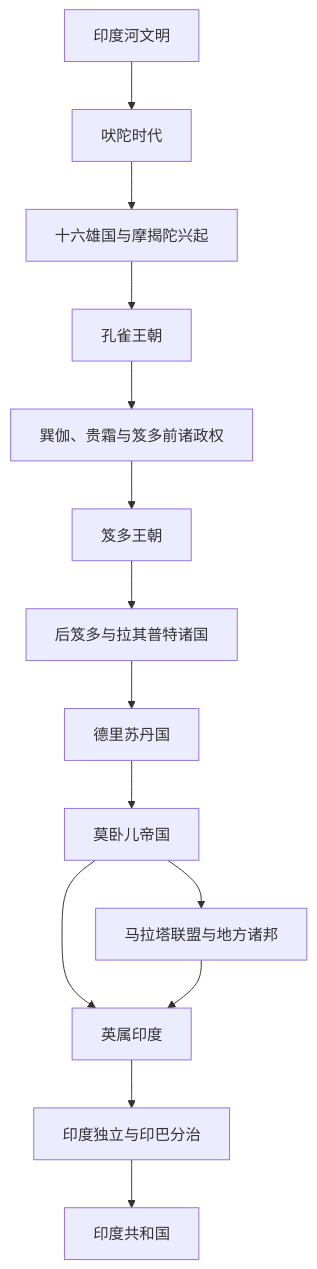
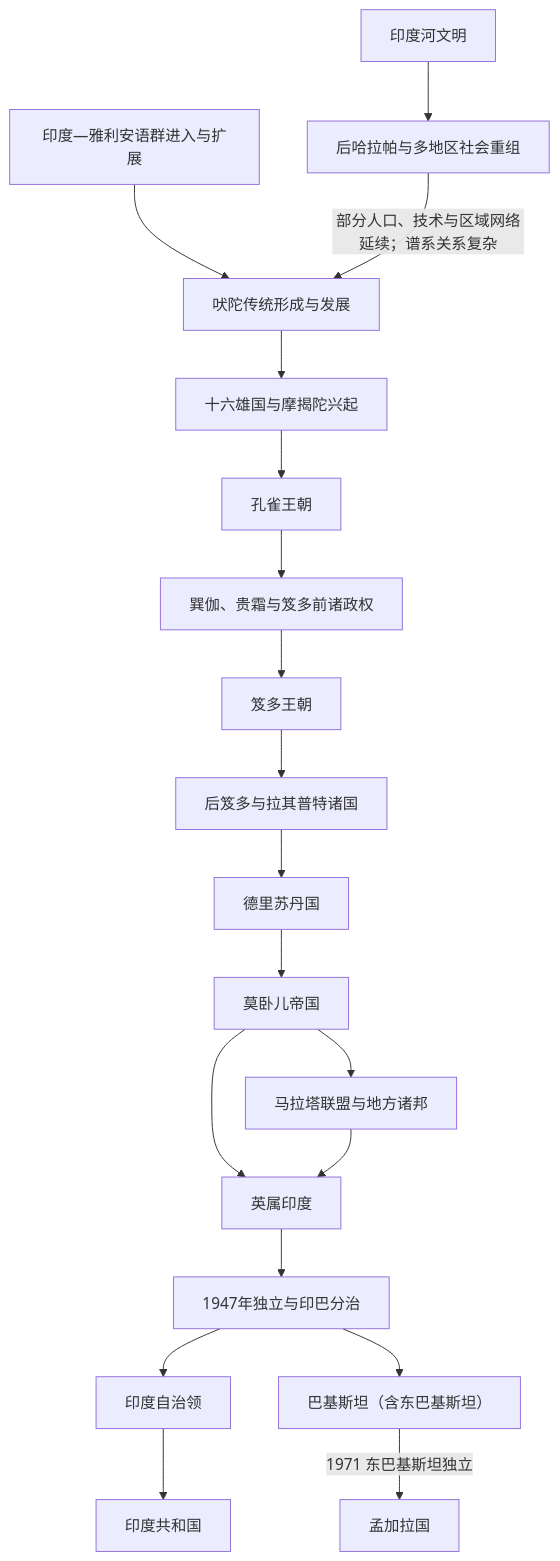
The diagram in 人文科学/历史/南亚/印度/README.md (tianlan-dev/learning-notes), drawn with Mermaid before and after one commit. The commit also changed other lines of this file and 159 other files, not shown here.

````diff
--- a/人文科学/历史/南亚/印度/README.md
+++ b/人文科学/历史/南亚/印度/README.md
@@ -14,16 +20,21 @@
 ```mermaid
 flowchart TD
-    Indus["印度河文明"] --> Vedic["吠陀时代"]
+    Indus["印度河文明"] --> PostHarappan["后哈拉帕与多地区社会重组"]
+    IndoAryan["印度—雅利安语群进入与扩展"] --> Vedic["吠陀传统形成与发展"]
+    PostHarappan -->|部分人口、技术与区域网络延续；谱系关系复杂| Vedic
     Vedic --> Mahajanapada["十六雄国与摩揭陀兴起"]
     Mahajanapada --> Maurya["孔雀王朝"]
     Maurya --> PostMaurya["巽伽、贵霜与笈多前诸政权"]
     PostMaurya --> Gupta["笈多王朝"]
     Gupta --> Rajput["后笈多与拉其普特诸国"]
     Rajput --> Delhi["德里苏丹国"]
     Delhi --> Mughal["莫卧儿帝国"]
     Mughal --> Maratha["马拉塔联盟与地方诸邦"]
     Mughal --> British["英属印度"]
     Maratha --> British
-    British --> Partition["印度独立与印巴分治"]
-    Partition --> Republic["印度共和国"]
+    British --> Partition["1947年独立与印巴分治"]
+    Partition --> IndiaDominion["印度自治领"]
+    IndiaDominion --> Republic["印度共和国"]
+    Partition --> Pakistan["巴基斯坦（含东巴基斯坦）"]
+    Pakistan -->|1971 东巴基斯坦独立| Bangladesh["孟加拉国"]
 ```
````
